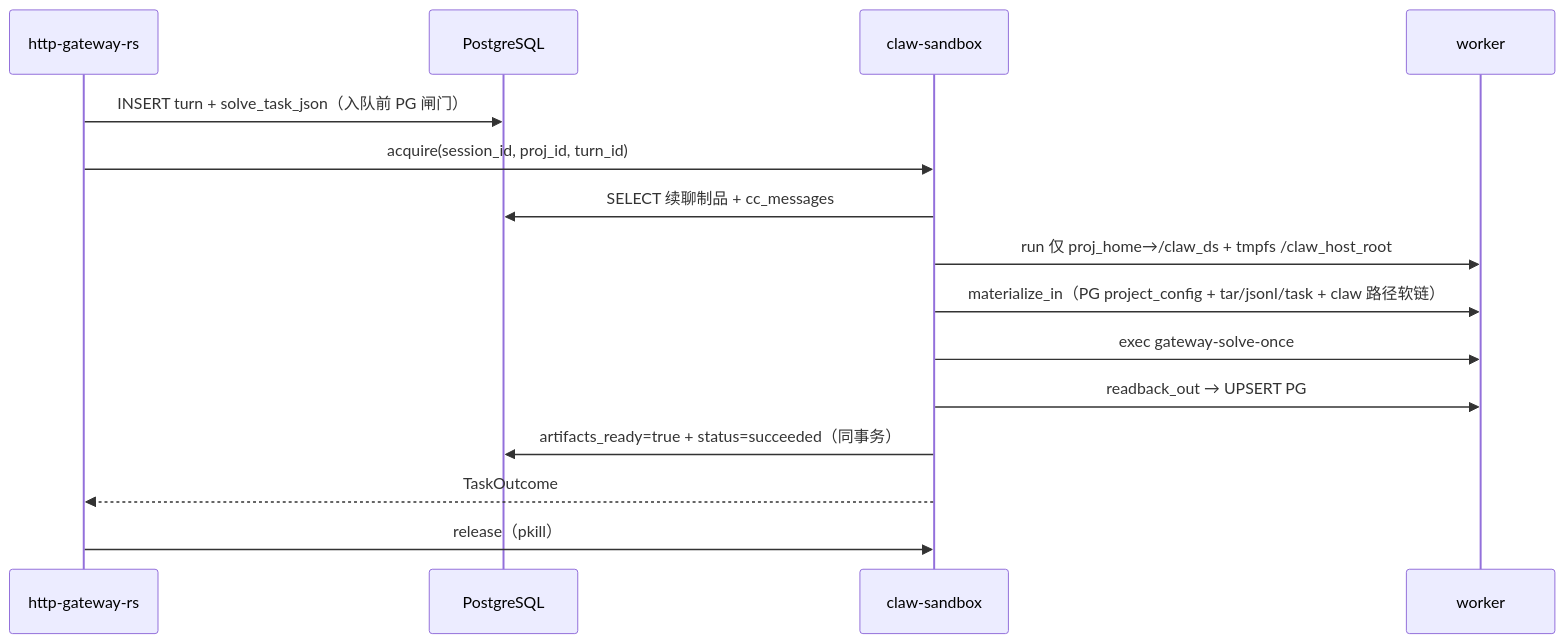
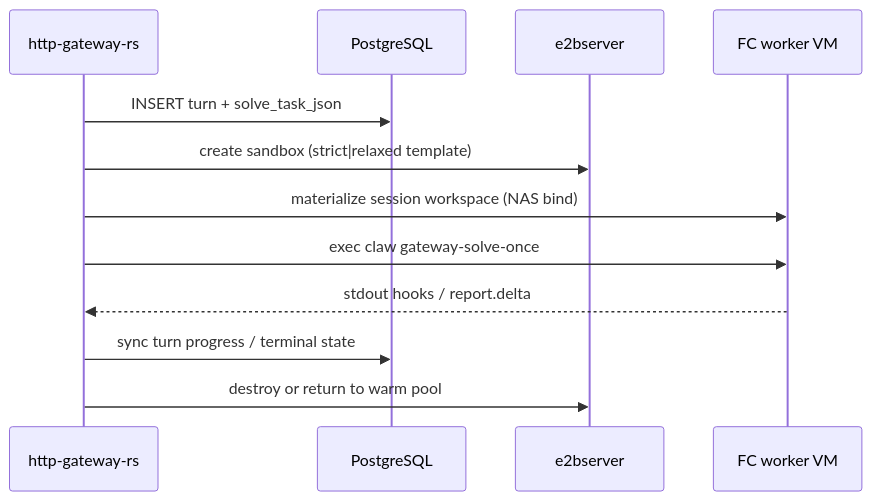
Before and after one commit to passionke/claw-code: the diagram in docs/http-gateway-container-pool.md, drawn with Mermaid. The commit also changed other lines of this file and 209 other files, not shown here.

First line of the commit message:
refactor(arch): drop host pool/sandbox for FC-only worker path

````diff
--- a/docs/http-gateway-container-pool.md
+++ b/docs/http-gateway-container-pool.md
@@ -42,18 +25,15 @@
 ```mermaid
 sequenceDiagram
     participant GW as http-gateway-rs
     participant PG as PostgreSQL
-    participant PD as claw-sandbox
-    participant W as worker
+    participant E2B as e2bserver
+    participant W as FC worker VM
 
-    GW->>PG: INSERT turn + solve_task_json（入队前 PG 闸门）
-    GW->>PD: acquire(session_id, proj_id, turn_id)
-    PD->>PG: SELECT 续聊制品 + cc_messages
-    PD->>W: run 仅 proj_home→/claw_ds + tmpfs /claw_host_root
-    PD->>W: materialize_in（PG project_config + tar/jsonl/task + claw 路径软链）
-    PD->>W: exec gateway-solve-once
-    PD->>W: readback_out → UPSERT PG
-    PD->>PG: artifacts_ready=true + status=succeeded（同事务）
-    PD-->>GW: TaskOutcome
-    GW->>PD: release（pkill）
+    GW->>PG: INSERT turn + solve_task_json
+    GW->>E2B: create sandbox (strict|relaxed template)
+    GW->>W: materialize session workspace (NAS bind)
+    GW->>W: exec claw gateway-solve-once
+    W-->>GW: stdout hooks / report.delta
+    GW->>PG: sync turn progress / terminal state
+    GW->>E2B: destroy or return to warm pool
 ```
````
